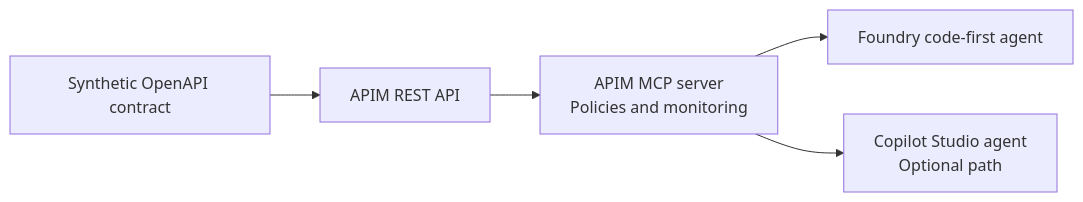
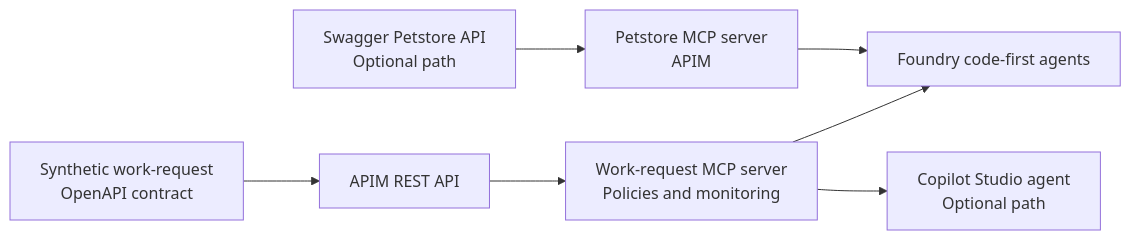
Before and after one commit to yurilausberg/foundry-apim-mcp-workshop: the diagram in README.md, drawn with Mermaid.

Commit message:
Add Petstore path to README diagram
Show the optional Swagger Petstore MCP path alongside the synthetic work-request architecture.

Copilot-Session: aa1a2148-b4d0-4cc5-94ea-497594b4b72a

````diff
--- a/README.md
+++ b/README.md
@@ -9,7 +9,9 @@
 ```mermaid
 flowchart LR
-    SPEC["Synthetic OpenAPI contract"] --> REST["APIM REST API"]
-    REST --> MCP["APIM MCP server<br/>Policies and monitoring"]
-    MCP --> FOUNDRY["Foundry code-first agent"]
-    MCP --> COPILOT["Copilot Studio agent<br/>Optional path"]
+    SPEC["Synthetic work-request<br/>OpenAPI contract"] --> REST["APIM REST API"]
+    REST --> WORKMCP["Work-request MCP server<br/>Policies and monitoring"]
+    PETSTORE["Swagger Petstore API<br/>Optional path"] --> PETMCP["Petstore MCP server<br/>APIM"]
+    WORKMCP --> FOUNDRY["Foundry code-first agents"]
+    PETMCP --> FOUNDRY
+    WORKMCP --> COPILOT["Copilot Studio agent<br/>Optional path"]
 ```
````
